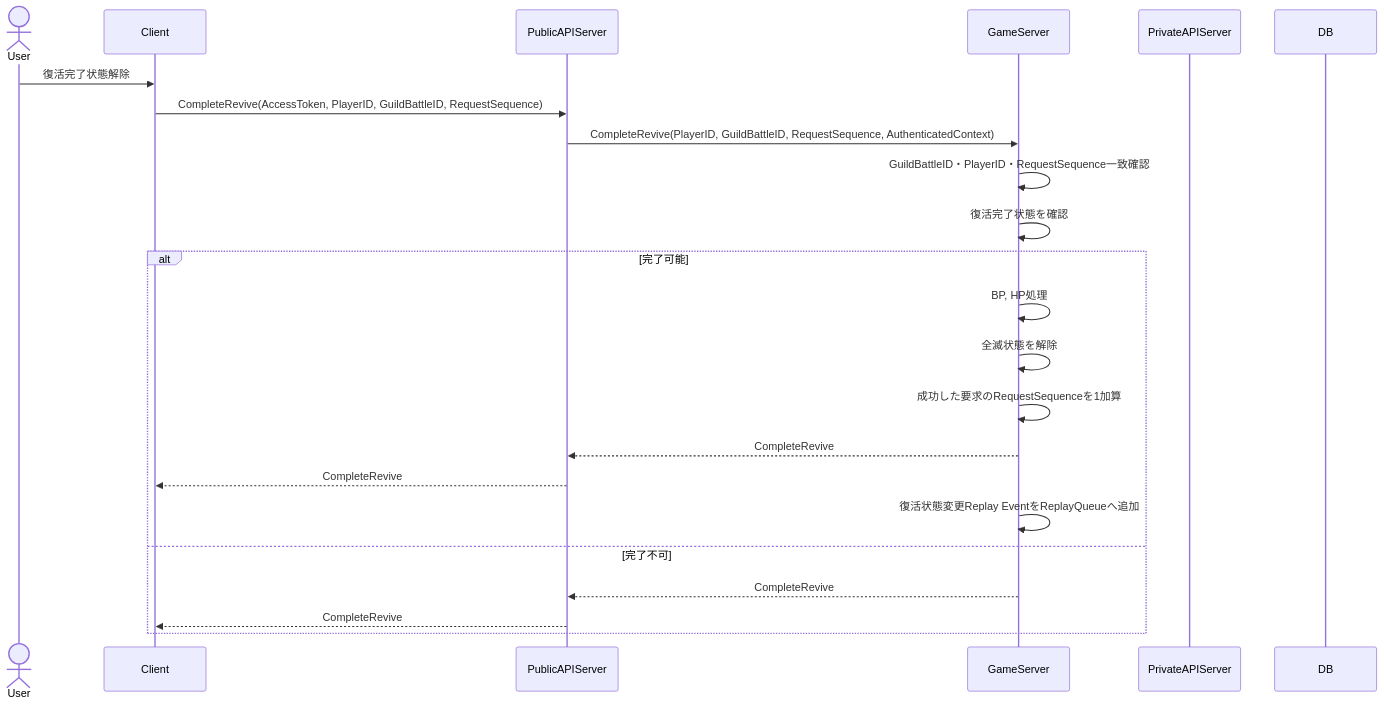
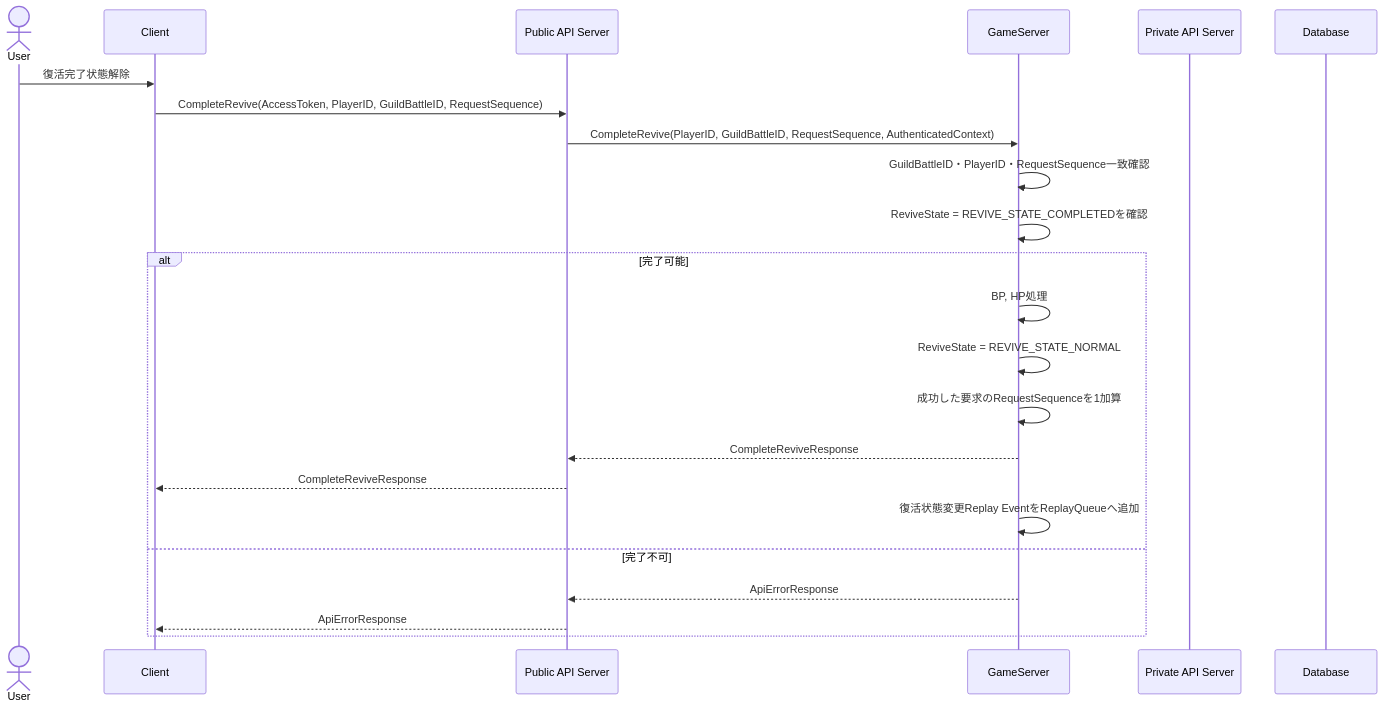
Diagram 12 of 13 in design/server/guild_battle.md (ReHydrangeaOdyssey/Specifications), drawn with Mermaid before and after one commit. The commit also changed other lines of this file and 12 other files, not shown here.

Commit message:
図などの名称の統一

````diff
--- a/design/server/guild_battle.md
+++ b/design/server/guild_battle.md
@@ -582,29 +582,29 @@
 ```mermaid
 sequenceDiagram
     actor User
     participant Client
-    participant PublicAPIServer
+    participant PublicAPIServer as Public API Server
     participant GameServer
-    participant PrivateAPIServer
-    participant DB
+    participant PrivateAPIServer as Private API Server
+    participant Database
 
     User->>Client: 復活完了状態解除
     Client->>PublicAPIServer: CompleteRevive(AccessToken, PlayerID, GuildBattleID, RequestSequence)
     PublicAPIServer->>GameServer: CompleteRevive(PlayerID, GuildBattleID, RequestSequence, AuthenticatedContext)
 
     GameServer->>GameServer: GuildBattleID・PlayerID・RequestSequence一致確認
-    GameServer->>GameServer: 復活完了状態を確認
+    GameServer->>GameServer: ReviveState = REVIVE_STATE_COMPLETEDを確認
 
     alt 完了可能
         GameServer->>GameServer: BP, HP処理
-        GameServer->>GameServer: 全滅状態を解除
+        GameServer->>GameServer: ReviveState = REVIVE_STATE_NORMAL
         GameServer->>GameServer: 成功した要求のRequestSequenceを1加算
-        GameServer-->>PublicAPIServer: CompleteRevive
-        PublicAPIServer-->>Client: CompleteRevive
+        GameServer-->>PublicAPIServer: CompleteReviveResponse
+        PublicAPIServer-->>Client: CompleteReviveResponse
 
         GameServer ->> GameServer: 復活状態変更Replay EventをReplayQueueへ追加
     else 完了不可
-        GameServer-->>PublicAPIServer: CompleteRevive
-        PublicAPIServer-->>Client: CompleteRevive
+        GameServer-->>PublicAPIServer: ApiErrorResponse
+        PublicAPIServer-->>Client: ApiErrorResponse
     end
 ```
````
